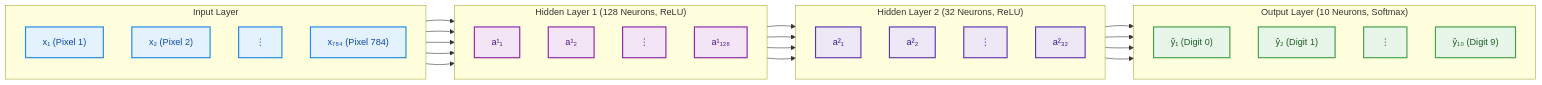
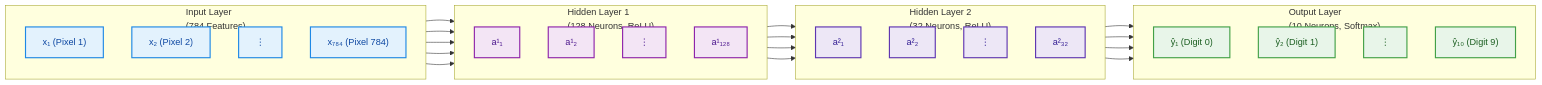
The diagram in README.md (PalSoham/neural-network), drawn with Mermaid before and after one commit.

Commit message:
Fix README: wrap Mermaid subgraph titles with line breaks to prevent text cutting

````diff
--- a/README.md
+++ b/README.md
@@ -56,62 +56,62 @@
 ```mermaid
 graph LR
-    subgraph Input_Layer ["Input Layer"]
+    subgraph Input_Layer ["Input Layer<br>(784 Features)"]
         direction TB
         X1["x₁ (Pixel 1)"]
         X2["x₂ (Pixel 2)"]
         XD["⋮"]
         Xn["x₇₈₄ (Pixel 784)"]
     end
 
-    subgraph Hidden_1 ["Hidden Layer 1 (128 Neurons, ReLU)"]
+    subgraph Hidden_1 ["Hidden Layer 1<br>(128 Neurons, ReLU)"]
         direction TB
         H1_1["a¹₁"]
         H1_2["a¹₂"]
         H1_D["⋮"]
         H1_m["a¹₁₂₈"]
     end
 
-    subgraph Hidden_2 ["Hidden Layer 2 (32 Neurons, ReLU)"]
+    subgraph Hidden_2 ["Hidden Layer 2<br>(32 Neurons, ReLU)"]
         direction TB
         H2_1["a²₁"]
         H2_2["a²₂"]
         H2_D["⋮"]
         H2_p["a²₃₂"]
     end
 
-    subgraph Output_Layer ["Output Layer (10 Neurons, Softmax)"]
+    subgraph Output_Layer ["Output Layer<br>(10 Neurons, Softmax)"]
         direction TB
         Y1["ŷ₁ (Digit 0)"]
         Y2["ŷ₂ (Digit 1)"]
         YD["⋮"]
         Yk["ŷ₁₀ (Digit 9)"]
     end
 
     %% Connections
     X1 --> H1_1
     X1 --> H1_2
     X2 --> H1_1
     X2 --> H1_2
     Xn --> H1_m
 
     H1_1 --> H2_1
     H1_1 --> H2_2
     H1_2 --> H2_1
     H1_m --> H2_p
 
     H2_1 --> Y1
     H2_1 --> Y2
     H2_2 --> Y1
     H2_p --> Yk
 
     %% Custom styling for a premium visual identity
     classDef input fill:#E3F2FD,stroke:#1E88E5,stroke-width:2px,color:#0D47A1;
     classDef hidden1 fill:#F3E5F5,stroke:#8E24AA,stroke-width:2px,color:#4A148C;
     classDef hidden2 fill:#EDE7F6,stroke:#5E35B1,stroke-width:2px,color:#311B92;
     classDef output fill:#E8F5E9,stroke:#43A047,stroke-width:2px,color:#1B5E20;
 
     class X1,X2,XD,Xn input;
     class H1_1,H1_2,H1_D,H1_m hidden1;
     class H2_1,H2_2,H2_D,H2_p hidden2;
     class Y1,Y2,YD,Yk output;
 ```
````
